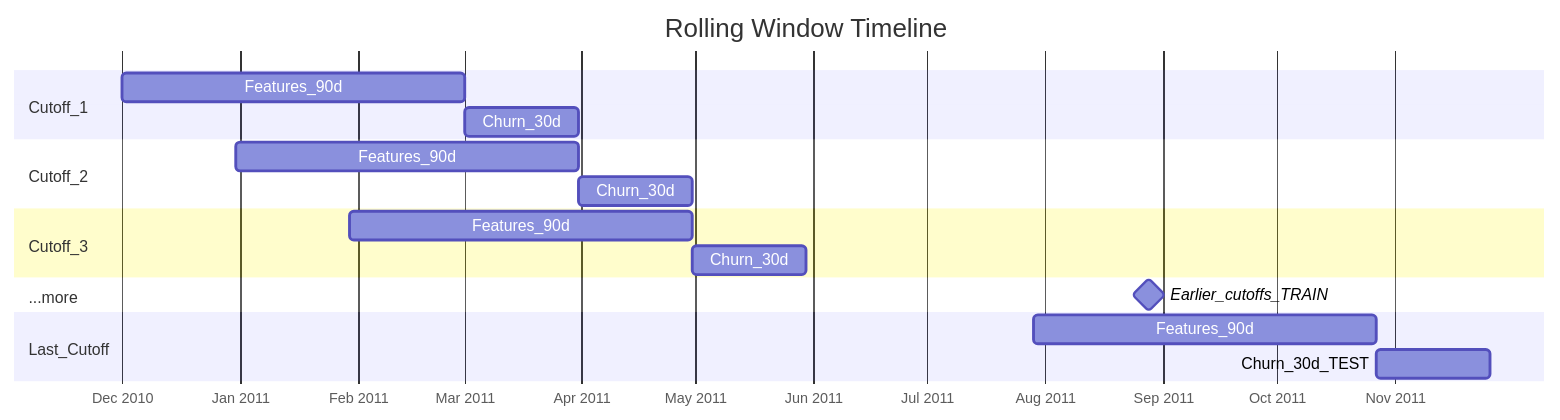
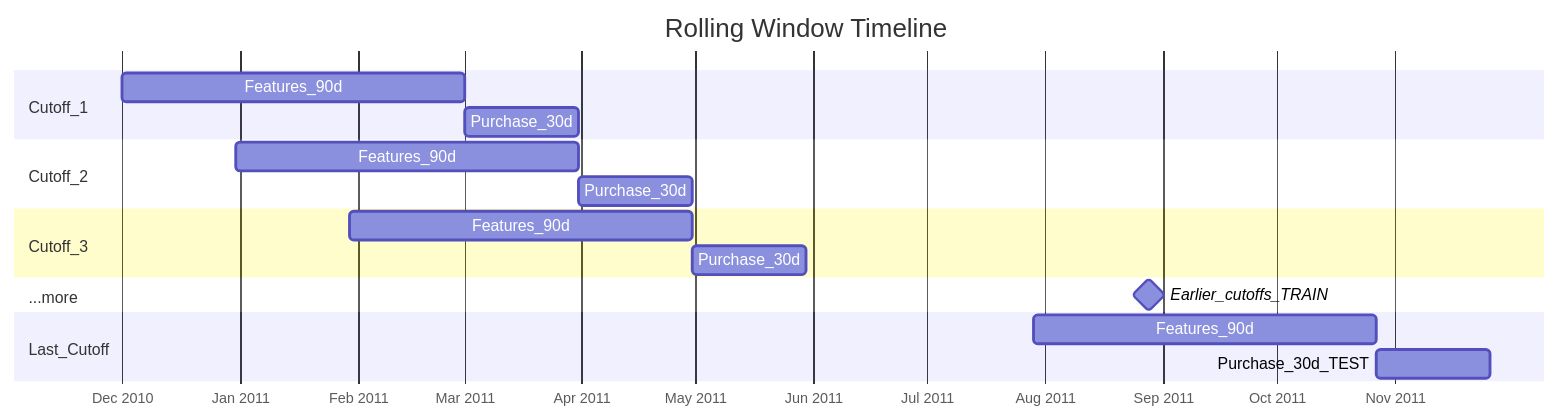
One commit to kennethleungty/Customer-Purchase-with-Feast-and-Ray changed the first of 2 diagrams in README.md. Above: the diagram before and after it, drawn with Mermaid. The commit also changed other lines of this file and 9 other files, not shown here.

First line of the commit message:
Flip target from churn prediction to purchase propensity

````diff
--- a/README.md
+++ b/README.md
@@ -112,25 +112,25 @@
 ```mermaid
 gantt
     title Rolling Window Timeline
     dateFormat YYYY-MM-DD
     axisFormat %b %Y
 
     section Cutoff_1
     Features_90d      :f1, 2010-12-01, 90d
-    Churn_30d         :c1, after f1, 30d
+    Purchase_30d      :c1, after f1, 30d
 
     section Cutoff_2
     Features_90d      :f2, 2010-12-31, 90d
-    Churn_30d         :c2, after f2, 30d
+    Purchase_30d      :c2, after f2, 30d
 
     section Cutoff_3
     Features_90d      :f3, 2011-01-30, 90d
-    Churn_30d         :c3, after f3, 30d
+    Purchase_30d      :c3, after f3, 30d
 
     section ...more
     Earlier_cutoffs_TRAIN :milestone, 2011-08-28, 0d
 
     section Last_Cutoff
-    Features_90d      :f9, 2011-07-29, 90d
-    Churn_30d_TEST    :c9, after f9, 30d
+    Features_90d        :f9, 2011-07-29, 90d
+    Purchase_30d_TEST   :c9, after f9, 30d
 ```
````
